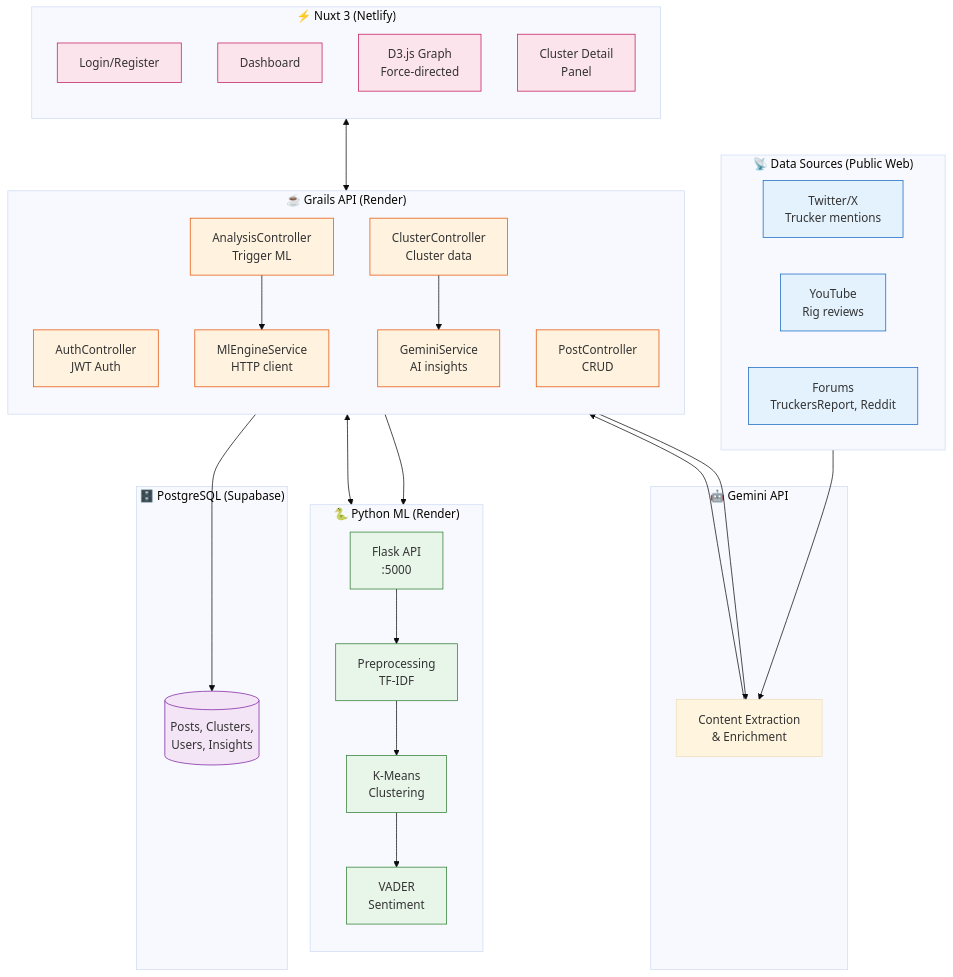
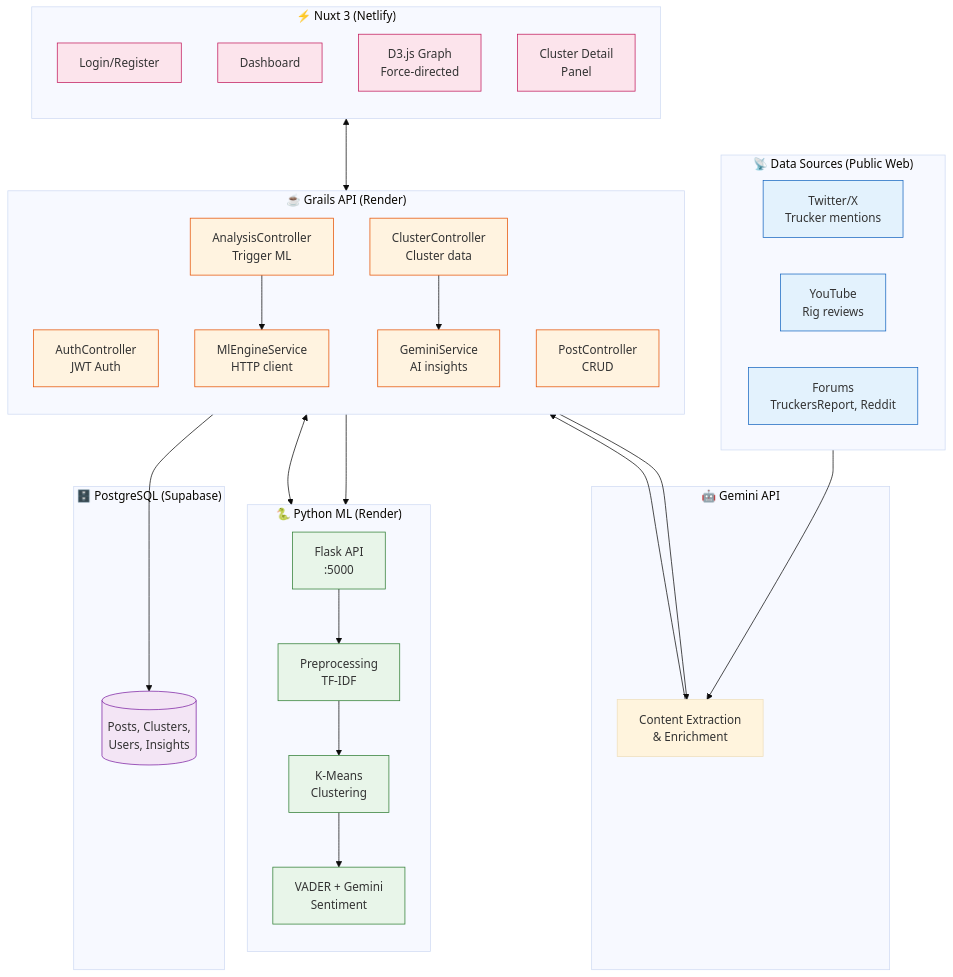
One commit to Bphissles/brand-sentiment-analysis changed the first of 7 diagrams in docs/ARCHITECTURE.md. Above: the diagram before and after it, drawn with Mermaid (base theme). The commit also changed other lines of this file and 5 other files, not shown here.

First line of the commit message:
Update documentation to reflect Sprint 5 completion and current system architecture

````diff
--- a/docs/ARCHITECTURE.md
+++ b/docs/ARCHITECTURE.md
@@ -5,72 +5,72 @@
 ```mermaid
 flowchart TB
     subgraph Sources["📡 Data Sources (Public Web)"]
         S1[Twitter/X<br/>Trucker mentions]
         S2[YouTube<br/>Rig reviews]
         S3[Forums<br/>TruckersReport, Reddit]
     end
 
     subgraph Gemini["🤖 Gemini API"]
         GEM[Content Extraction<br/>& Enrichment]
     end
 
     subgraph Backend["☕ Grails API (Render)"]
         direction TB
         AUTH[AuthController<br/>JWT Auth]
         POST[PostController<br/>CRUD]
         CLUSTER[ClusterController<br/>Cluster data]
         ANALYSIS[AnalysisController<br/>Trigger ML]
         GEMINI_SVC[GeminiService<br/>AI insights]
         ML_SVC[MlEngineService<br/>HTTP client]
     end
 
     subgraph MLEngine["🐍 Python ML (Render)"]
         direction TB
         FLASK[Flask API<br/>:5000]
         PREPROCESS[Preprocessing<br/>TF-IDF]
         KMEANS[K-Means<br/>Clustering]
-        SENTIMENT[VADER<br/>Sentiment]
+        SENTIMENT[VADER + Gemini<br/>Sentiment]
     end
 
     subgraph Database["🗄️ PostgreSQL (Supabase)"]
         DB[(Posts, Clusters,<br/>Users, Insights)]
     end
 
     subgraph Frontend["⚡ Nuxt 3 (Netlify)"]
         direction TB
         LOGIN[Login/Register]
         DASHBOARD[Dashboard]
         D3[D3.js Graph<br/>Force-directed]
         DETAIL[Cluster Detail<br/>Panel]
     end
 
     %% Data flow
     Sources --> GEM
     GEM --> Backend
     Backend --> DB
     Backend <--> MLEngine
     Frontend <--> Backend
 
     %% Internal flows
     ANALYSIS --> ML_SVC
     ML_SVC --> FLASK
     FLASK --> PREPROCESS
     PREPROCESS --> KMEANS
     KMEANS --> SENTIMENT
 
     CLUSTER --> GEMINI_SVC
     GEMINI_SVC --> GEM
 
     %% Styling
     classDef source fill:#e3f2fd,stroke:#1565c0
     classDef backend fill:#fff3e0,stroke:#e65100
     classDef ml fill:#e8f5e9,stroke:#2e7d32
     classDef frontend fill:#fce4ec,stroke:#c2185b
     classDef db fill:#f3e5f5,stroke:#7b1fa2
 
     class S1,S2,S3,S4 source
     class AUTH,POST,CLUSTER,ANALYSIS,GEMINI_SVC,ML_SVC backend
     class FLASK,PREPROCESS,KMEANS,SENTIMENT ml
     class LOGIN,DASHBOARD,D3,DETAIL frontend
     class DB db
 ```
````
